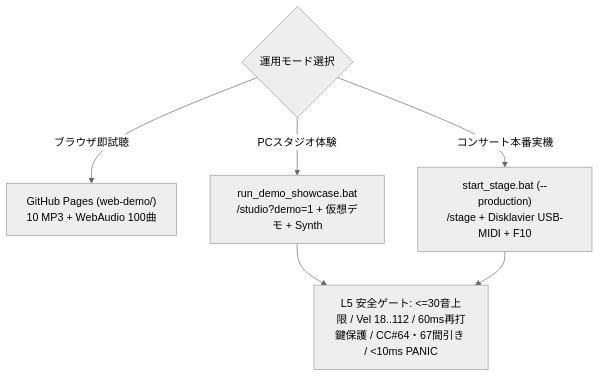
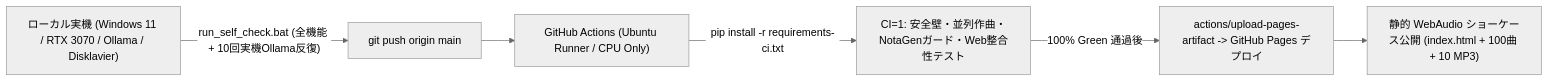
Before and after one commit to AI-Avalon/Disklavier-Auto: the fourth of 4 diagrams in README.md, drawn with Mermaid (neutral theme). The commit also changed other lines of this file and 36 other files, not shown here.

Commit message:
feat: 6-worker parallel real-time composition, NotaGen/LLM live ABC streaming, 4-mode ergonomic UI, and green CI

````diff
--- a/README.md
+++ b/README.md
@@ -112,8 +96,8 @@
 ```mermaid
-flowchart TD
-    ModeSel{"運用モード選択"} -->|ブラウザ即試聴| Pages["GitHub Pages (web-demo/)\n10 MP3 + WebAudio 100曲"]
-    ModeSel -->|PCスタジオ体験| StudioDemo["run_demo_showcase.bat\n/studio?demo=1 + 仮想デモ + Synth"]
-    ModeSel -->|コンサート本番実機| StageProd["start_stage.bat (--production)\n/stage + Disklavier USB-MIDI + F10"]
-    StudioDemo --> Safety["L5 安全ゲート: <=30音上限 / Vel 18..112 / 60ms再打鍵保護 / CC#64・67間引き / <10ms PANIC"]
-    StageProd --> Safety
+flowchart LR
+    Local["ローカル実機 (Windows 11 / RTX 3070 / Ollama / Disklavier)"] -->|"run_self_check.bat (全機能 + 10回実機Ollama反復)"| Push["git push origin main"]
+    Push --> GHA["GitHub Actions (Ubuntu Runner / CPU Only)"]
+    GHA -->|"pip install -r requirements-ci.txt"| SimTest["CI=1: 安全壁・並列作曲・NotaGenガード・Web整合性テスト"]
+    SimTest -->|"100% Green 通過後"| Pages["actions/upload-pages-artifact -> GitHub Pages デプロイ"]
+    Pages --> WebLive["静的 WebAudio ショーケース公開 (index.html + 100曲 + 10 MP3)"]
 ```
````
